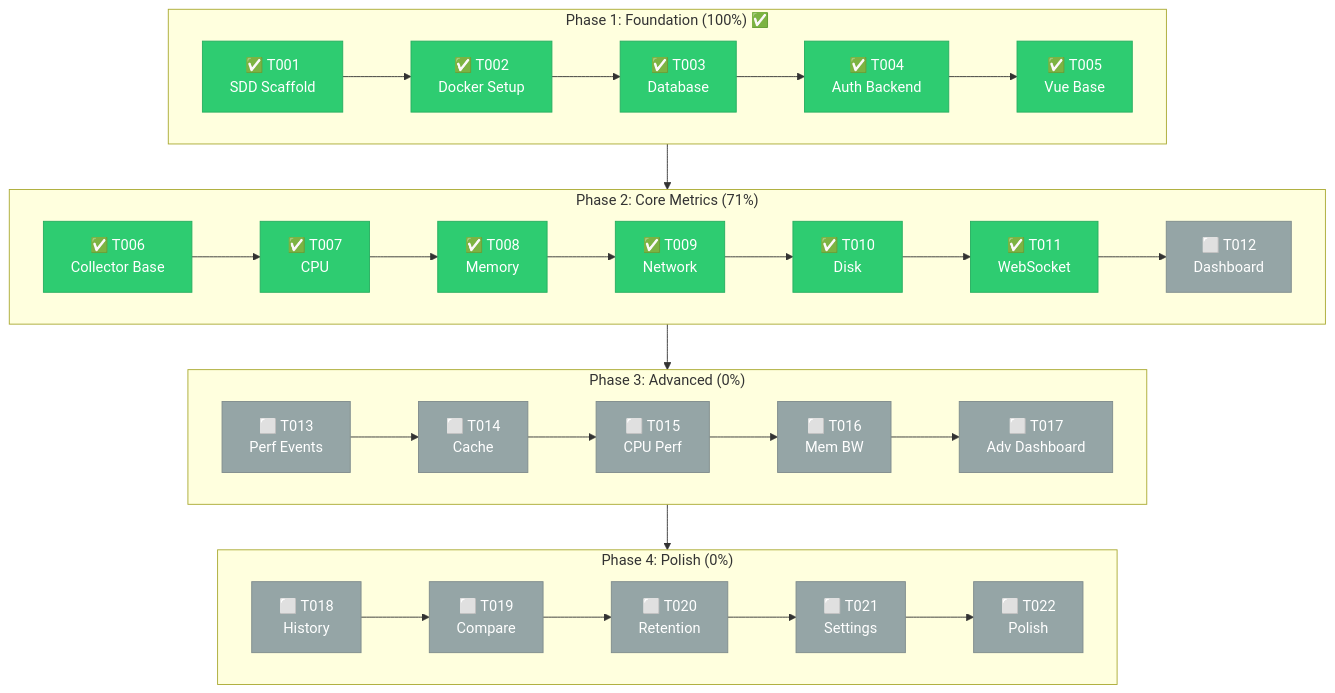
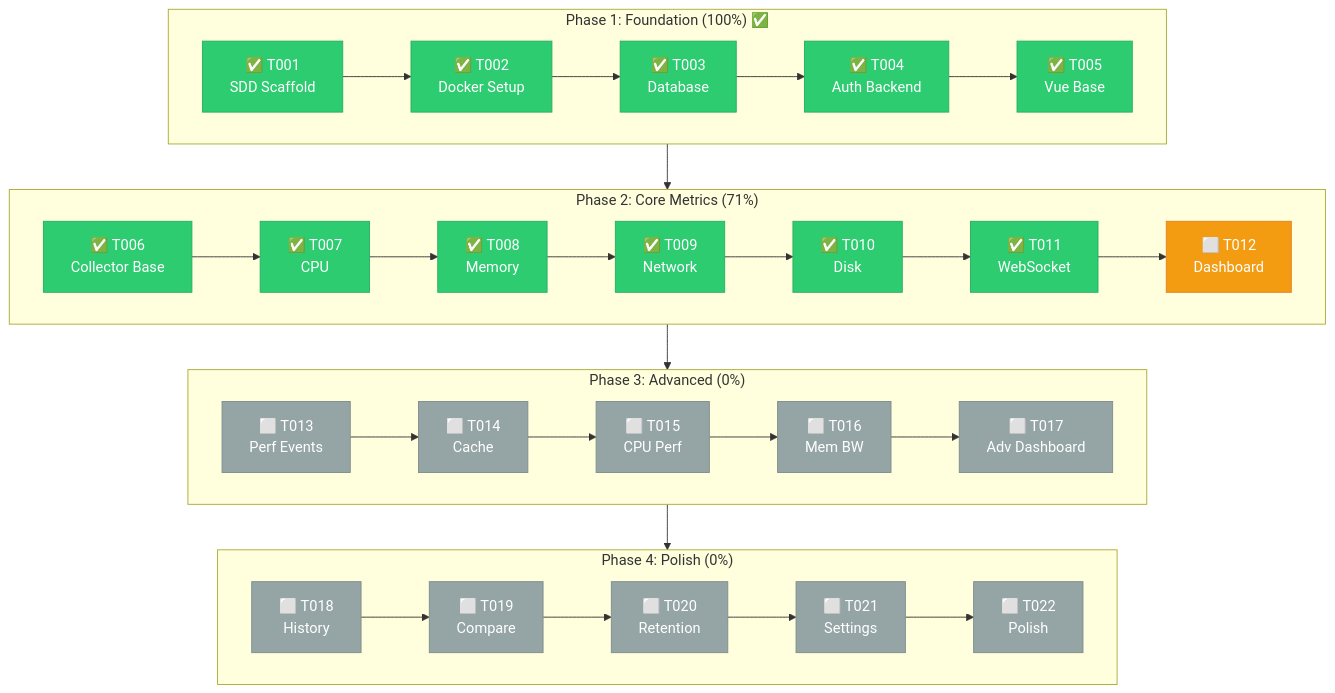
The diagram in README.md (zhyndalf/perfwatch), drawn with Mermaid before and after one commit. The commit also changed 6 other files, not shown here.

````diff
--- a/README.md
+++ b/README.md
@@ -19,50 +19,51 @@
 ```mermaid
 flowchart TB
     subgraph P1["Phase 1: Foundation (100%) ✅"]
         T001["✅ T001<br/>SDD Scaffold"]
         T002["✅ T002<br/>Docker Setup"]
         T003["✅ T003<br/>Database"]
         T004["✅ T004<br/>Auth Backend"]
         T005["✅ T005<br/>Vue Base"]
         T001 --> T002 --> T003 --> T004 --> T005
     end
 
     subgraph P2["Phase 2: Core Metrics (71%)"]
         T006["✅ T006<br/>Collector Base"]
         T007["✅ T007<br/>CPU"]
         T008["✅ T008<br/>Memory"]
         T009["✅ T009<br/>Network"]
         T010["✅ T010<br/>Disk"]
         T011["✅ T011<br/>WebSocket"]
         T012["⬜ T012<br/>Dashboard"]
         T006 --> T007 --> T008 --> T009 --> T010 --> T011 --> T012
     end
 
     subgraph P3["Phase 3: Advanced (0%)"]
         T013["⬜ T013<br/>Perf Events"]
         T014["⬜ T014<br/>Cache"]
         T015["⬜ T015<br/>CPU Perf"]
         T016["⬜ T016<br/>Mem BW"]
         T017["⬜ T017<br/>Adv Dashboard"]
         T013 --> T014 --> T015 --> T016 --> T017
     end
 
     subgraph P4["Phase 4: Polish (0%)"]
         T018["⬜ T018<br/>History"]
         T019["⬜ T019<br/>Compare"]
         T020["⬜ T020<br/>Retention"]
         T021["⬜ T021<br/>Settings"]
         T022["⬜ T022<br/>Polish"]
         T018 --> T019 --> T020 --> T021 --> T022
     end
 
     P1 --> P2 --> P3 --> P4
 
     %% Styles
     classDef done fill:#2ecc71,stroke:#27ae60,color:#fff
     classDef progress fill:#f39c12,stroke:#e67e22,color:#fff
     classDef todo fill:#95a5a6,stroke:#7f8c8d,color:#fff
 
     class T001,T002,T003,T004,T005,T006,T007,T008,T009,T010,T011 done
-    class T012,T013,T014,T015,T016,T017,T018,T019,T020,T021,T022 todo
+    class T012 progress
+    class T013,T014,T015,T016,T017,T018,T019,T020,T021,T022 todo
 ```
````
